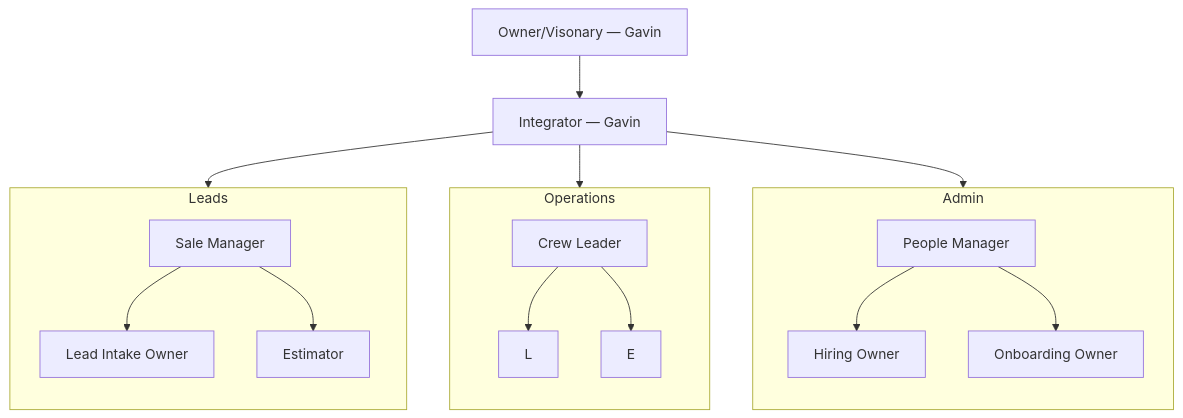
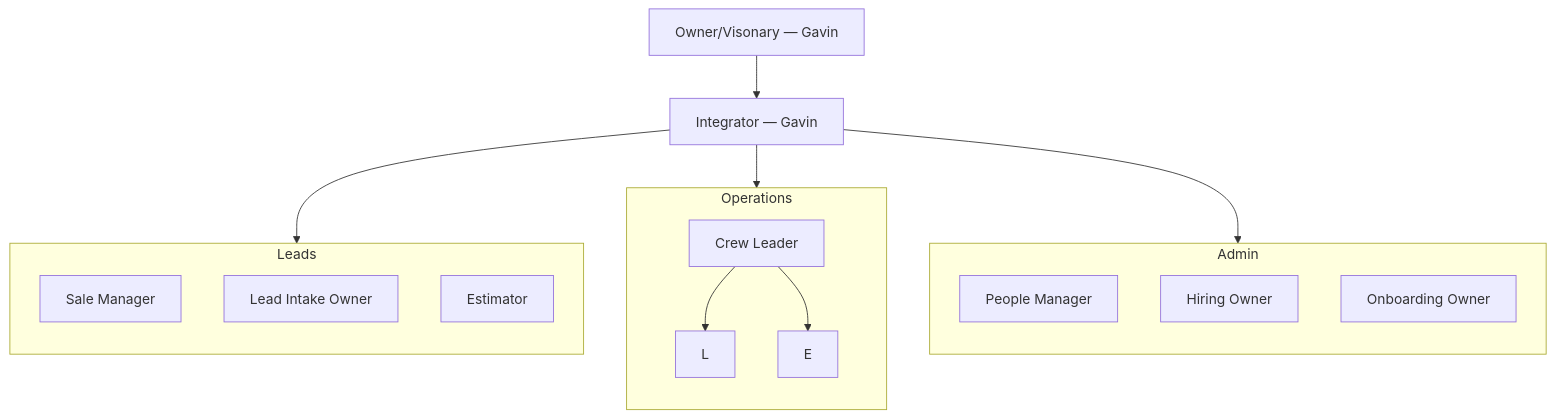
One commit to Gavin-is-trying/Hobbes_ changed the diagram in TLC-OS/03 Org Chart/org-chart.md. Above: the diagram before and after it, drawn with Mermaid.

Commit message:
Update organization chart relationships

````diff
--- a/TLC-OS/03 Org Chart/org-chart.md
+++ b/TLC-OS/03 Org Chart/org-chart.md
@@ -3,42 +3,38 @@
 ```mermaid
 flowchart TD
     A["Owner/Visonary — Gavin"]
     B["Integrator — Gavin"]
 
     subgraph AA["Admin"]
         direction TB
         C["People Manager"]
         hiringOwner["Hiring Owner"]
         onboardingOwner["Onboarding Owner"]
 
-        C --> hiringOwner
-        C --> onboardingOwner
     end
 
     subgraph BB["Operations"]
         direction TB
         D["Crew Leader"]
         l["L"]
         e["E"]
 
         D --> l
         D --> e
 
     end
 
    subgraph CC["Leads"]
         direction TB
         E["Sale Manager"]
         leadIntakeOwner["Lead Intake Owner"]
         estimator["Estimator"]
 
-        E --> leadIntakeOwner
-        E --> estimator
     end
 
 
     A --> B
     B --> C
     B --> D
     B --> E
 ```
````
